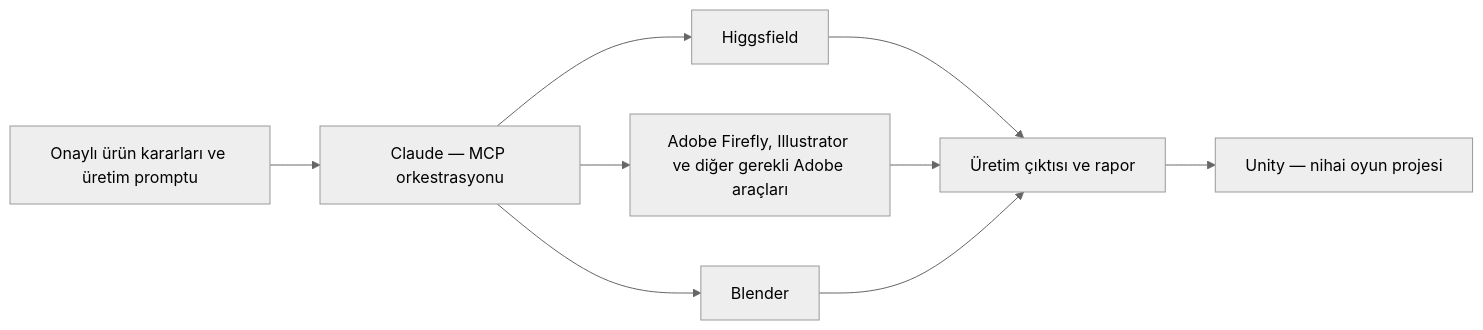
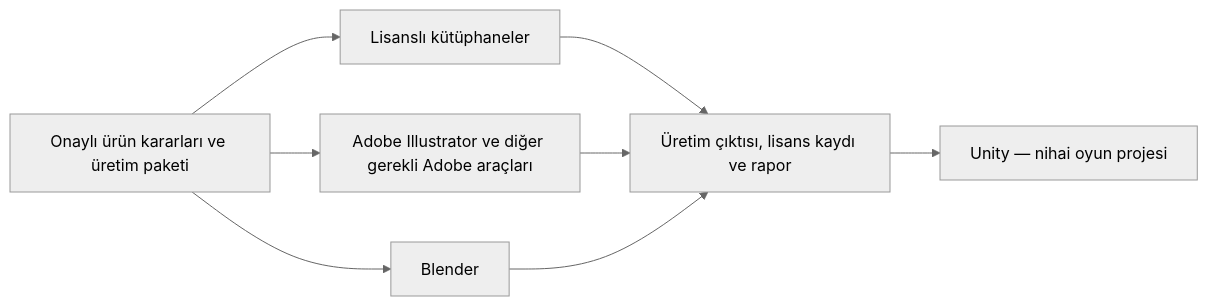
Before and after one commit to ErdemEmirOzer/deaths-demolition: diagram 17 of 17 in planning/02-FLOWS-ARCHITECTURE.md, drawn with Mermaid (neutral theme). The commit also changed other lines of this file and 121 other files, not shown here.

````diff
--- a/planning/02-FLOWS-ARCHITECTURE.md
+++ b/planning/02-FLOWS-ARCHITECTURE.md
@@ -369,11 +368,10 @@
 ```mermaid
 flowchart LR
-    PROMPT["Onaylı ürün kararları ve üretim promptu"] --> CLAUDE["Claude — MCP orkestrasyonu"]
-    CLAUDE --> HIGGSFIELD["Higgsfield"]
-    CLAUDE --> ADOBE["Adobe Firefly, Illustrator ve diğer gerekli Adobe araçları"]
-    CLAUDE --> BLENDER["Blender"]
-    HIGGSFIELD --> REVIEW["Üretim çıktısı ve rapor"]
+    BRIEF["Onaylı ürün kararları ve üretim paketi"] --> LIB["Lisanslı kütüphaneler"]
+    BRIEF --> ADOBE["Adobe Illustrator ve diğer gerekli Adobe araçları"]
+    BRIEF --> BLENDER["Blender"]
+    LIB --> REVIEW["Üretim çıktısı, lisans kaydı ve rapor"]
     ADOBE --> REVIEW
     BLENDER --> REVIEW
     REVIEW --> UNITY["Unity — nihai oyun projesi"]
 ```
````
